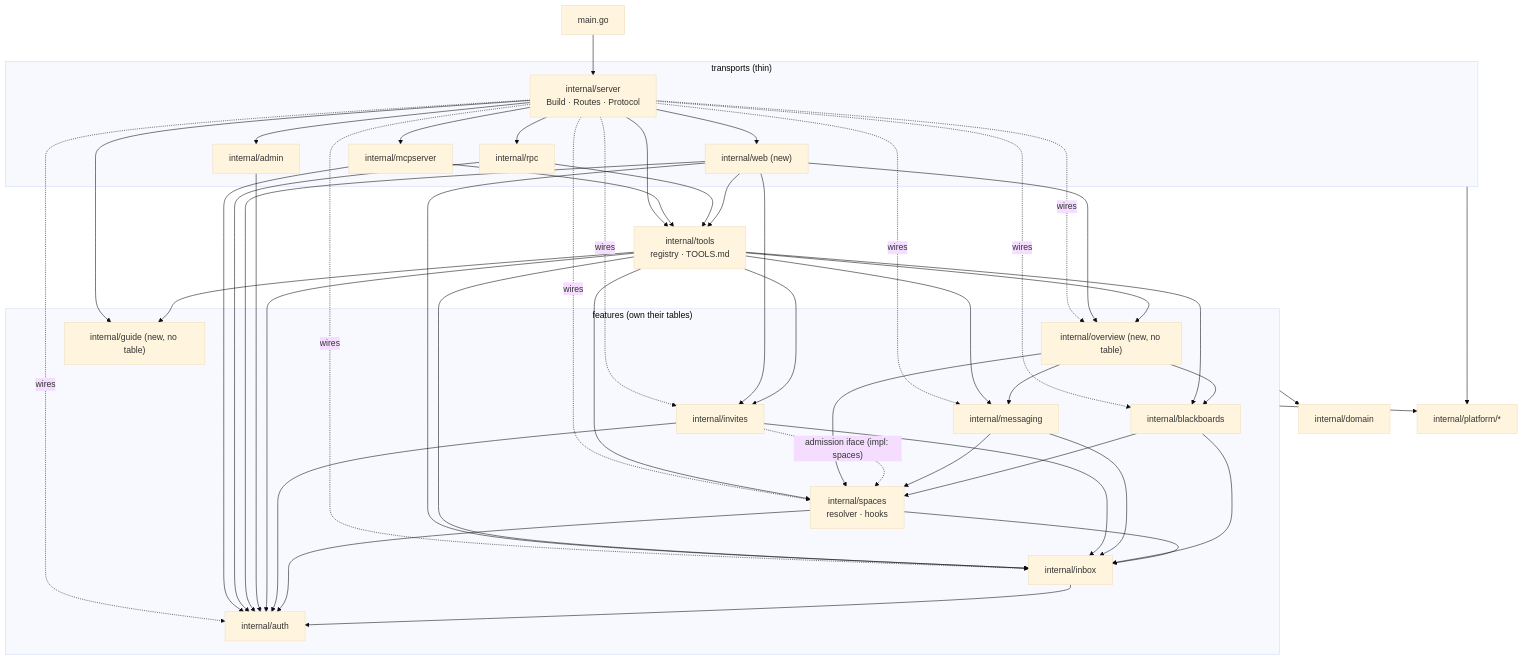
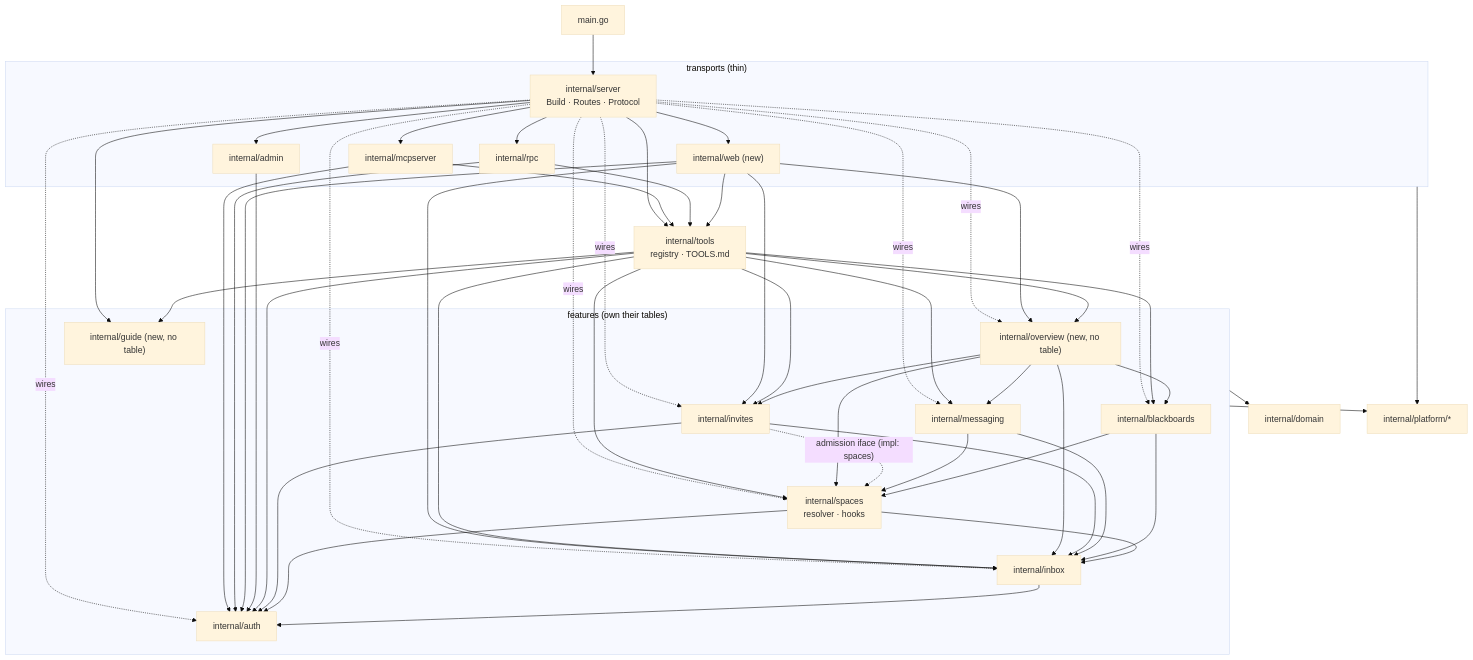
Before and after one commit to till-muellers/agent-message-bus: the diagram in docs/design/arch/server.md, drawn with Mermaid (base theme). The commit also changed other lines of this file and 23 other files, not shown here.

````diff
--- a/docs/design/arch/server.md
+++ b/docs/design/arch/server.md
@@ -400,41 +404,41 @@
 ```mermaid
 flowchart TD
   main["main.go"] --> server
   subgraph transports["transports (thin)"]
     server["internal/server<br/>Build · Routes · Protocol"]
     mcp["internal/mcpserver"]
     rpc["internal/rpc"]
     adm["internal/admin"]
     web["internal/web (new)"]
   end
   tools["internal/tools<br/>registry · TOOLS.md"]
   subgraph features["features (own their tables)"]
     overview["internal/overview (new, no table)"]
     guide["internal/guide (new, no table)"]
     invites["internal/invites"]
     messaging["internal/messaging"]
     blackboards["internal/blackboards"]
     spaces["internal/spaces<br/>resolver · hooks"]
     inbox["internal/inbox"]
     auth["internal/auth"]
   end
   domain["internal/domain"]
   platform["internal/platform/*"]
 
   server --> mcp & rpc & adm & web & tools & guide
   server -.wires.-> overview & invites & messaging & blackboards & spaces & inbox & auth
   mcp --> tools & auth
   rpc --> tools & auth
   web --> tools & auth & overview & invites & inbox
   adm --> auth
   tools --> overview & invites & messaging & blackboards & spaces & inbox & auth & guide
-  overview --> spaces & messaging & blackboards
+  overview --> spaces & messaging & blackboards & invites & inbox
   invites --> inbox & auth
   invites -. "admission iface (impl: spaces)" .-> spaces
   messaging --> spaces & inbox
   blackboards --> spaces & inbox
   spaces --> inbox & auth
   inbox --> auth
   features --> domain & platform
   transports --> platform
 ```
````
